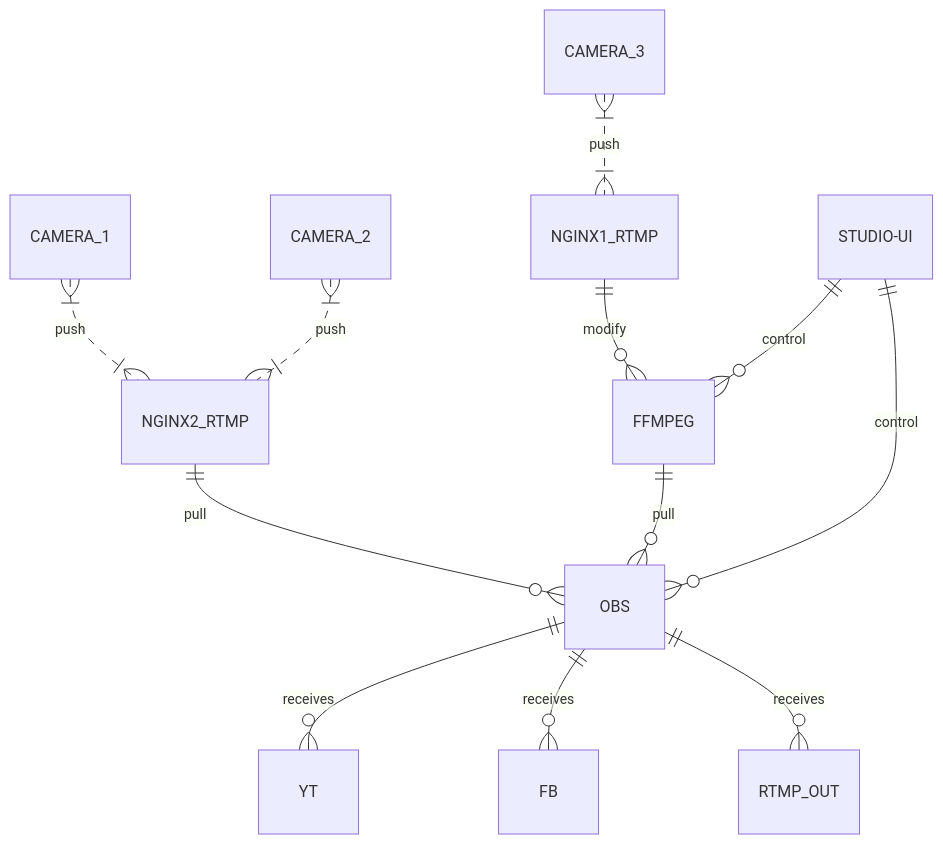
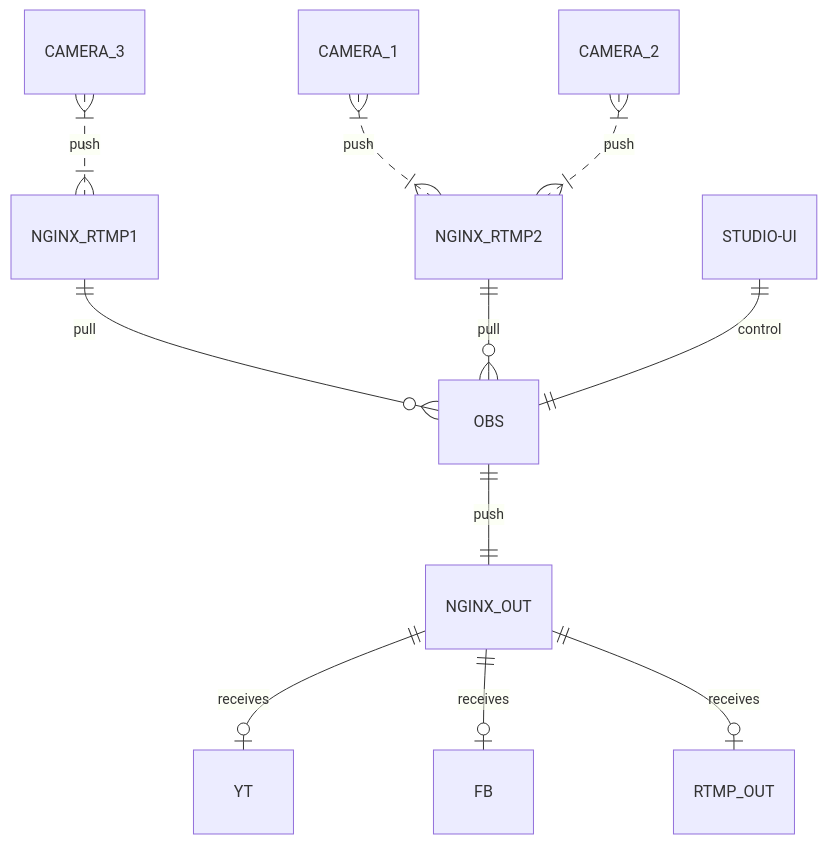
Before and after one commit to mcraa/own-studio: the diagram in README.md, drawn with Mermaid.

Commit message:
actualized graph

````diff
--- a/README.md
+++ b/README.md
@@ -9,14 +9,13 @@
 ```mermaid
 erDiagram
-    CAMERA_3 }|..|{ NGINX1_RTMP : push
-    CAMERA_1 }|..|{ NGINX2_RTMP : push
-    CAMERA_2 }|..|{ NGINX2_RTMP : push
-    NGINX1_RTMP ||--o{ FFMPEG : modify
-    NGINX2_RTMP ||--o{ OBS : pull
-    FFMPEG ||--o{ OBS : pull
-    STUDIO-UI ||--o{ OBS : "control"
-    STUDIO-UI ||--o{ FFMPEG : "control"
-    OBS ||--o{ YT : receives
-    OBS ||--o{ FB : receives
-    OBS ||--o{ RTMP_OUT : receives
+    CAMERA_3 }|..|{ NGINX_RTMP1 : push
+    CAMERA_1 }|..|{ NGINX_RTMP2 : push
+    CAMERA_2 }|..|{ NGINX_RTMP2 : push
+    NGINX_RTMP1 ||--o{ OBS : pull
+    NGINX_RTMP2 ||--o{ OBS : pull
+    STUDIO-UI ||--|| OBS : "control"
+    OBS ||--|| NGINX_OUT : push
+    NGINX_OUT ||--o| YT : receives
+    NGINX_OUT ||--o| FB : receives
+    NGINX_OUT ||--o| RTMP_OUT : receives
 ```
````
